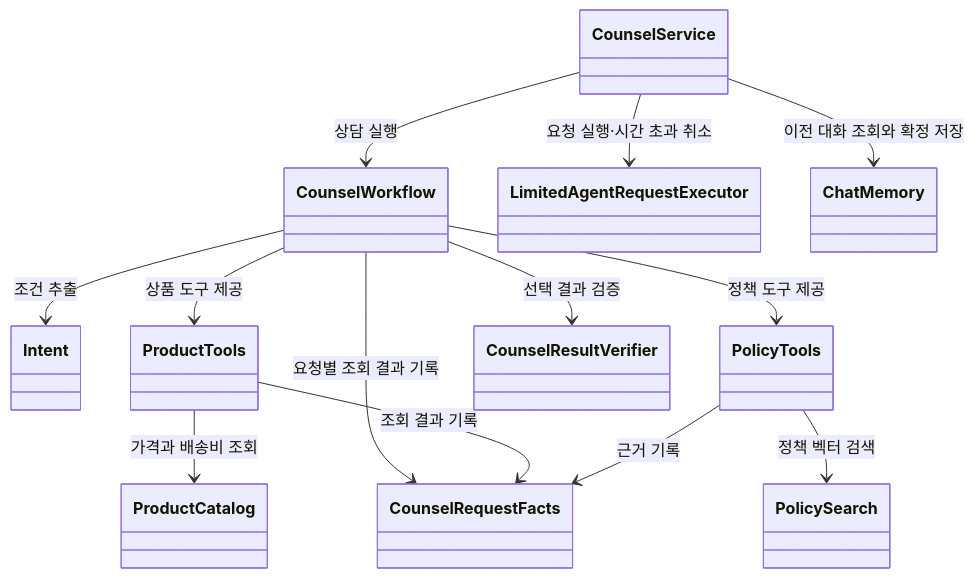
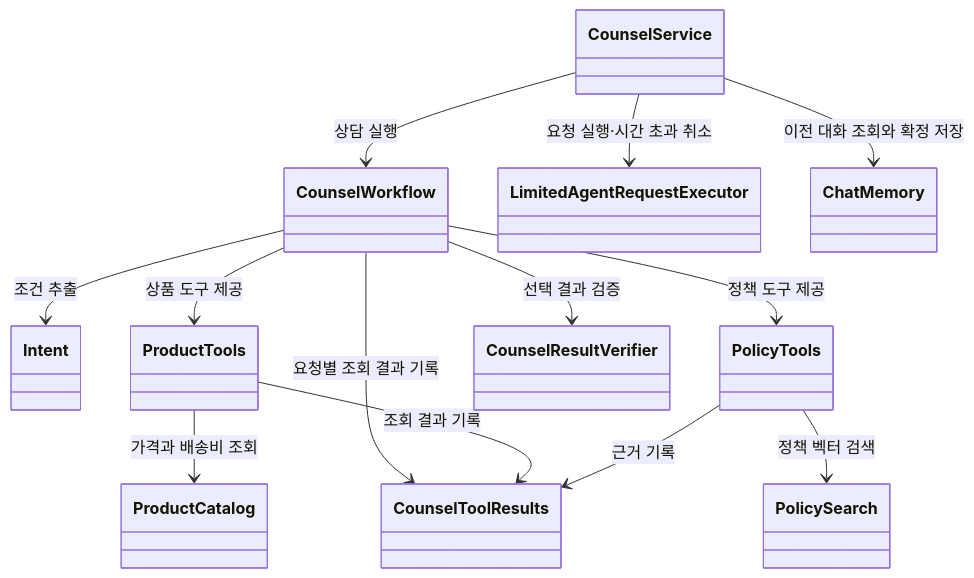
One commit to Justin-ad-Park/SpringShoppingAI changed the first of 2 diagrams in Spring-AI-Agent-Learning/docs/lessons/13-shopping-agent/01-map.md. Above: the diagram before and after it, drawn with Mermaid. The commit also changed other lines of this file and 99 other files, not shown here.

````diff
--- a/Spring-AI-Agent-Learning/docs/lessons/13-shopping-agent/01-map.md
+++ b/Spring-AI-Agent-Learning/docs/lessons/13-shopping-agent/01-map.md
@@ -35,15 +35,15 @@
 ```mermaid
 classDiagram
     CounselService --> CounselWorkflow : 상담 실행
     CounselService --> LimitedAgentRequestExecutor : 요청 실행·시간 초과 취소
     CounselWorkflow --> Intent : 조건 추출
     CounselService --> ChatMemory : 이전 대화 조회와 확정 저장
     CounselWorkflow --> ProductTools : 상품 도구 제공
     CounselWorkflow --> PolicyTools : 정책 도구 제공
-    CounselWorkflow --> CounselRequestFacts : 요청별 조회 결과 기록
+    CounselWorkflow --> CounselToolResults : 요청별 조회 결과 기록
     CounselWorkflow --> CounselResultVerifier : 선택 결과 검증
     ProductTools --> ProductCatalog : 가격과 배송비 조회
-    ProductTools --> CounselRequestFacts : 조회 결과 기록
+    ProductTools --> CounselToolResults : 조회 결과 기록
     PolicyTools --> PolicySearch : 정책 벡터 검색
-    PolicyTools --> CounselRequestFacts : 근거 기록
+    PolicyTools --> CounselToolResults : 근거 기록
 ```
````
